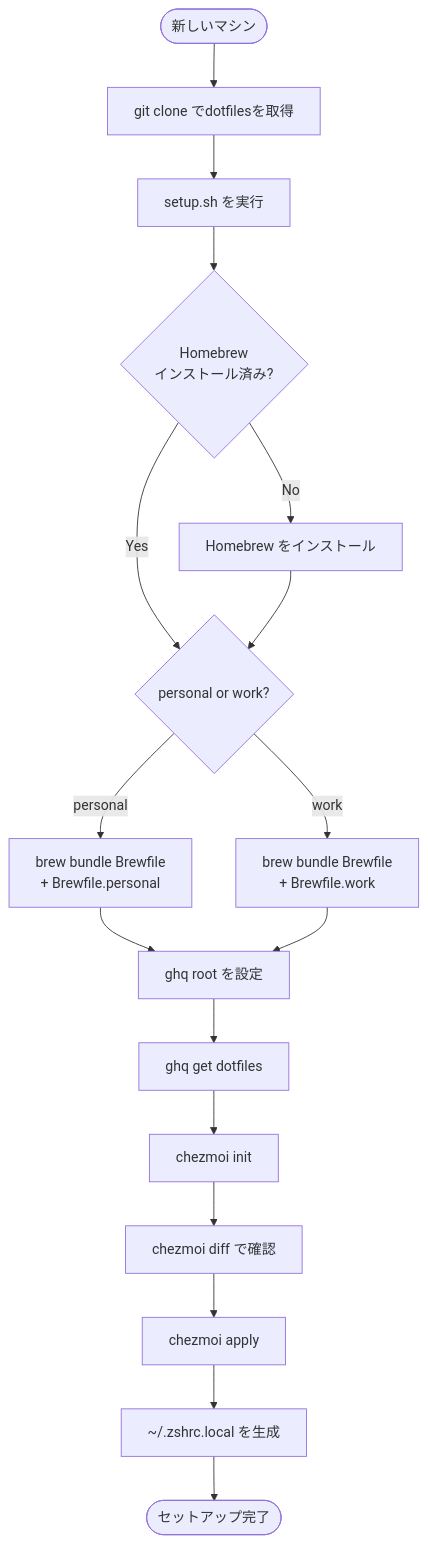
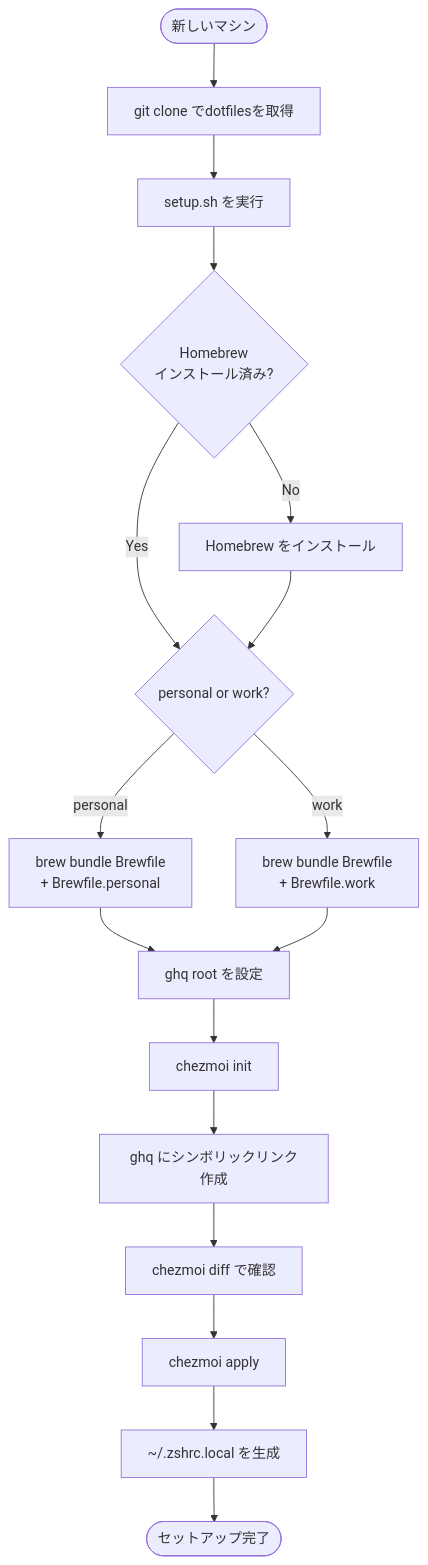
One commit to bobtaroh/dotfiles changed the diagram in README.md. Above: the diagram before and after it, drawn with Mermaid. The commit also changed 1 other file, not shown here.

Commit message:
refactor: replace ghq get with symlink to chezmoi source dir
- setup.sh: create symlink from ghq root to chezmoi source instead of cloning twice
- README.md: update setup flow diagram to reflect new approach

````diff
--- a/README.md
+++ b/README.md
@@ -45,19 +45,19 @@
 ```mermaid
 flowchart TD
     A([新しいマシン]) --> B[git clone でdotfilesを取得]
     B --> C[setup.sh を実行]
     C --> D{Homebrew\nインストール済み?}
     D -- No --> E[Homebrew をインストール]
     D -- Yes --> F
     E --> F{personal or work?}
     F -- personal --> G[brew bundle Brewfile\n+ Brewfile.personal]
     F -- work --> H[brew bundle Brewfile\n+ Brewfile.work]
     G --> I[ghq root を設定]
     H --> I
-    I --> J[ghq get dotfiles]
-    J --> K[chezmoi init]
+    I --> J[chezmoi init]
+    J --> K[ghq にシンボリックリンク作成]
     K --> L[chezmoi diff で確認]
     L --> M[chezmoi apply]
     M --> N[~/.zshrc.local を生成]
     N --> O([セットアップ完了])
 ```
````
